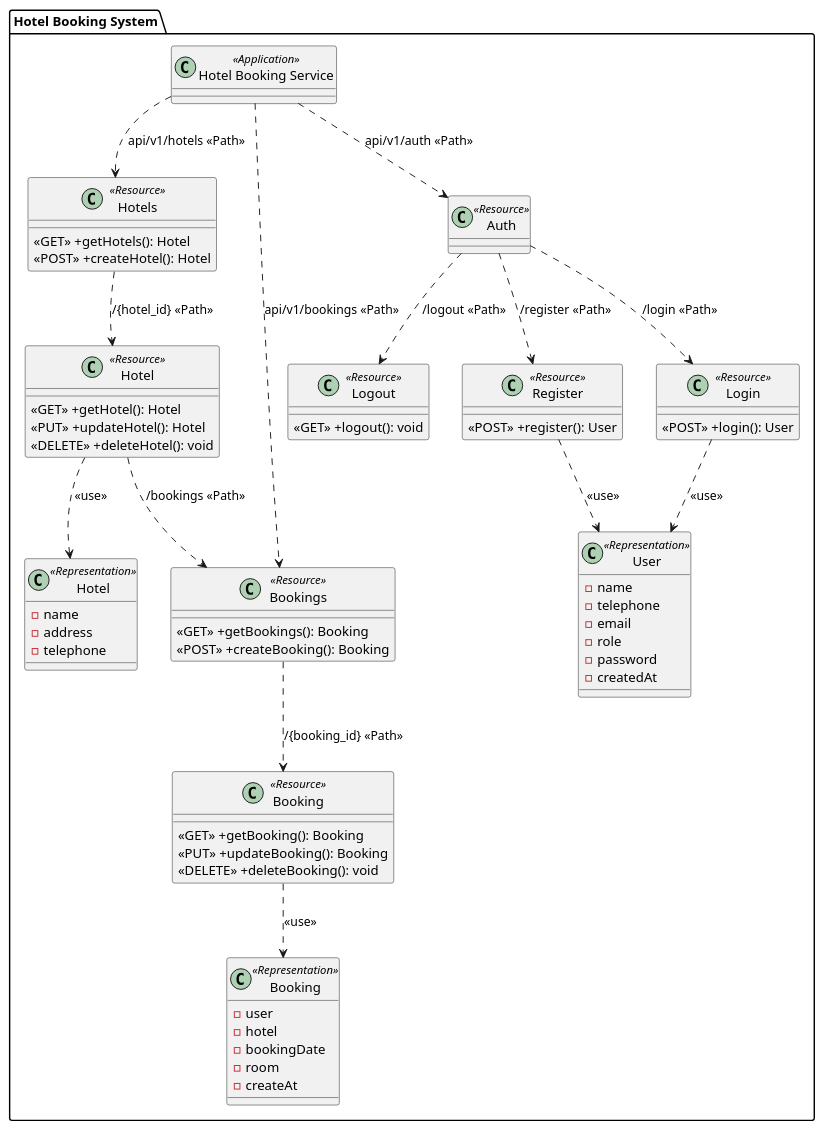
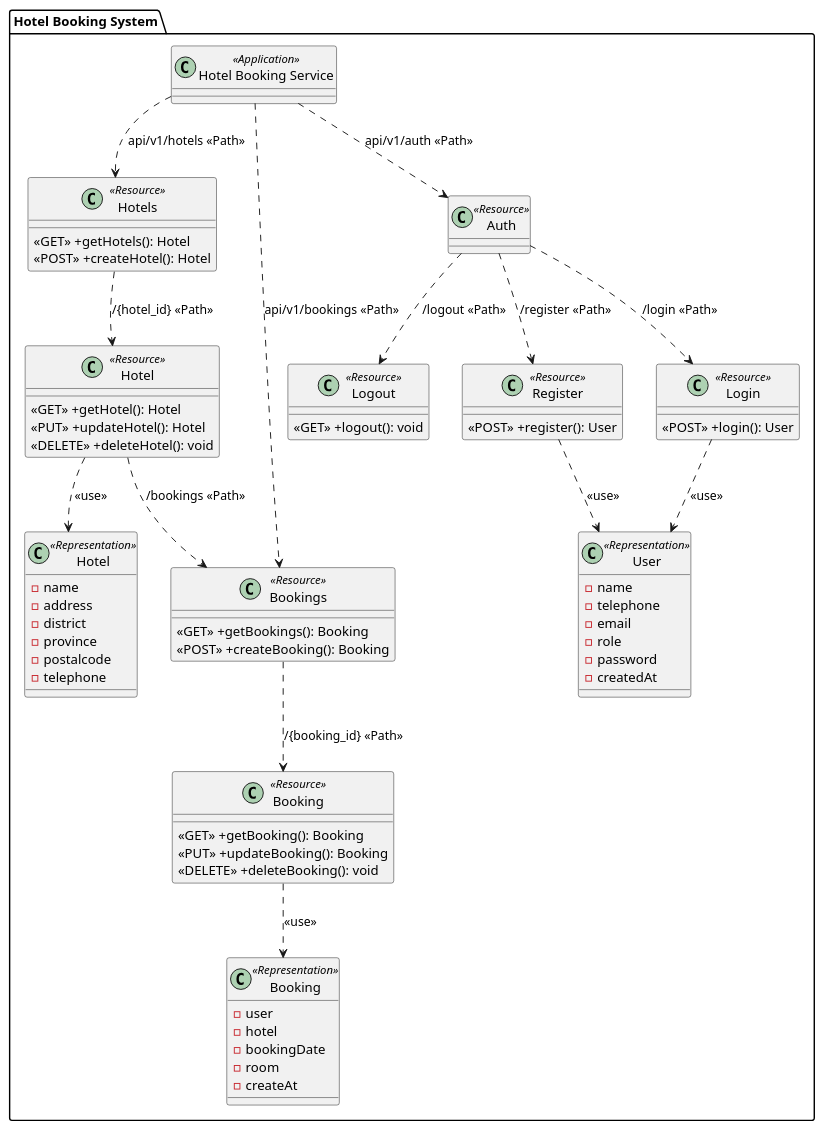
Before and after one commit to podesport/SWPrac-proj: the diagram in plant_uml/hotelRegistrationClassDiagram.puml, drawn with PlantUML. The commit also changed 1 other file, not shown here.

Commit message:
update class diagram

```diff
--- a/plant_uml/hotelRegistrationClassDiagram.puml
+++ b/plant_uml/hotelRegistrationClassDiagram.puml
@@ -1,91 +1,94 @@
 @startuml Hotel Booking System Class Diagram
 
 package "Hotel Booking System" {
     ' Application
     class "Hotel Booking Service" as HotelBookingService <<Application>> {
 
     }
 
     ' Resource
     class "Hotels" as HotelsResource <<Resource>> {
         <<GET>> +getHotels(): Hotel
         <<POST>> +createHotel(): Hotel
     }
     class "Hotel" as HotelResource <<Resource>> {
         <<GET>> +getHotel(): Hotel
         <<PUT>> +updateHotel(): Hotel
         <<DELETE>> +deleteHotel(): void
     }
     class "Bookings" as BookingsResource <<Resource>> {
         <<GET>> +getBookings(): Booking
         <<POST>> +createBooking(): Booking
     }
     class "Booking" as BookingResource <<Resource>> {
         <<GET>> +getBooking(): Booking
         <<PUT>> +updateBooking(): Booking
         <<DELETE>> +deleteBooking(): void
     }
     class "Auth" as AuthResource <<Resource>> {
 
     }
     class "Register" as RegisterResource <<Resource>> {
         <<POST>> +register(): User
     }
     class "Login" as LoginResource <<Resource>> {
         <<POST>> +login(): User
     }
     class "Logout" as LogoutResource <<Resource>> {
         <<GET>> +logout(): void
     }
 
     ' Representation
     class "User" as UserRepresentation <<Representation>> {
         - name
         - telephone
         - email
         - role
         - password
         - createdAt
     }
     class "Hotel" as HotelRepresentation <<Representation>> {
         - name
         - address
+        - district
+        - province
+        - postalcode
         - telephone
     }
     class "Booking" as BookingRepresentation <<Representation>> {
         - user
         - hotel
         - bookingDate
         - room
         - createAt
     }
 }
 
 ' Relations
 ' Application - Any
 HotelBookingService ..> HotelsResource : "api/v1/hotels <<Path>>"
 HotelBookingService ..> BookingsResource : "api/v1/bookings <<Path>>"
 HotelBookingService ..> AuthResource : "api/v1/auth <<Path>>"
 
 
 ' Hotel - Hotel
 HotelsResource ..> HotelResource : "/{hotel_id} <<Path>>"
 HotelResource ..> HotelRepresentation : "<<use>>"
 
 
 ' Booking - Hotel
 HotelResource ..> BookingsResource : "/bookings <<Path>>"
 
 ' Booking - Booking
 BookingsResource ..> BookingResource : "/{booking_id} <<Path>>"
 BookingResource ..> BookingRepresentation : "<<use>>"
 
 
 ' Auth - User
 AuthResource ..> RegisterResource : "/register <<Path>>"
 AuthResource ..> LoginResource : "/login <<Path>>"
 AuthResource ..> LogoutResource : "/logout <<Path>>"
 RegisterResource ..> UserRepresentation : "<<use>>"
 LoginResource ..> UserRepresentation : "<<use>>"
 
 @enduml
```
